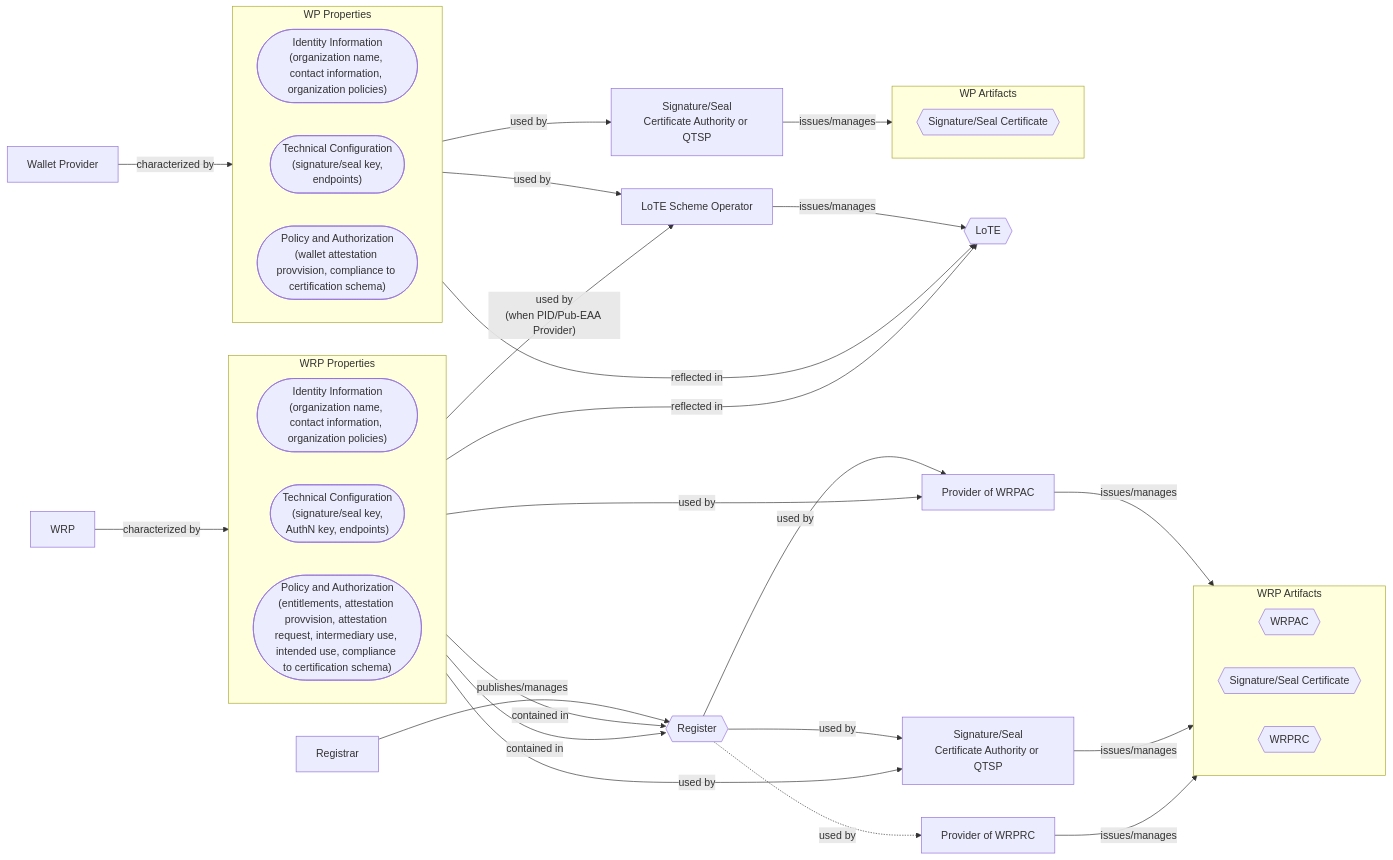
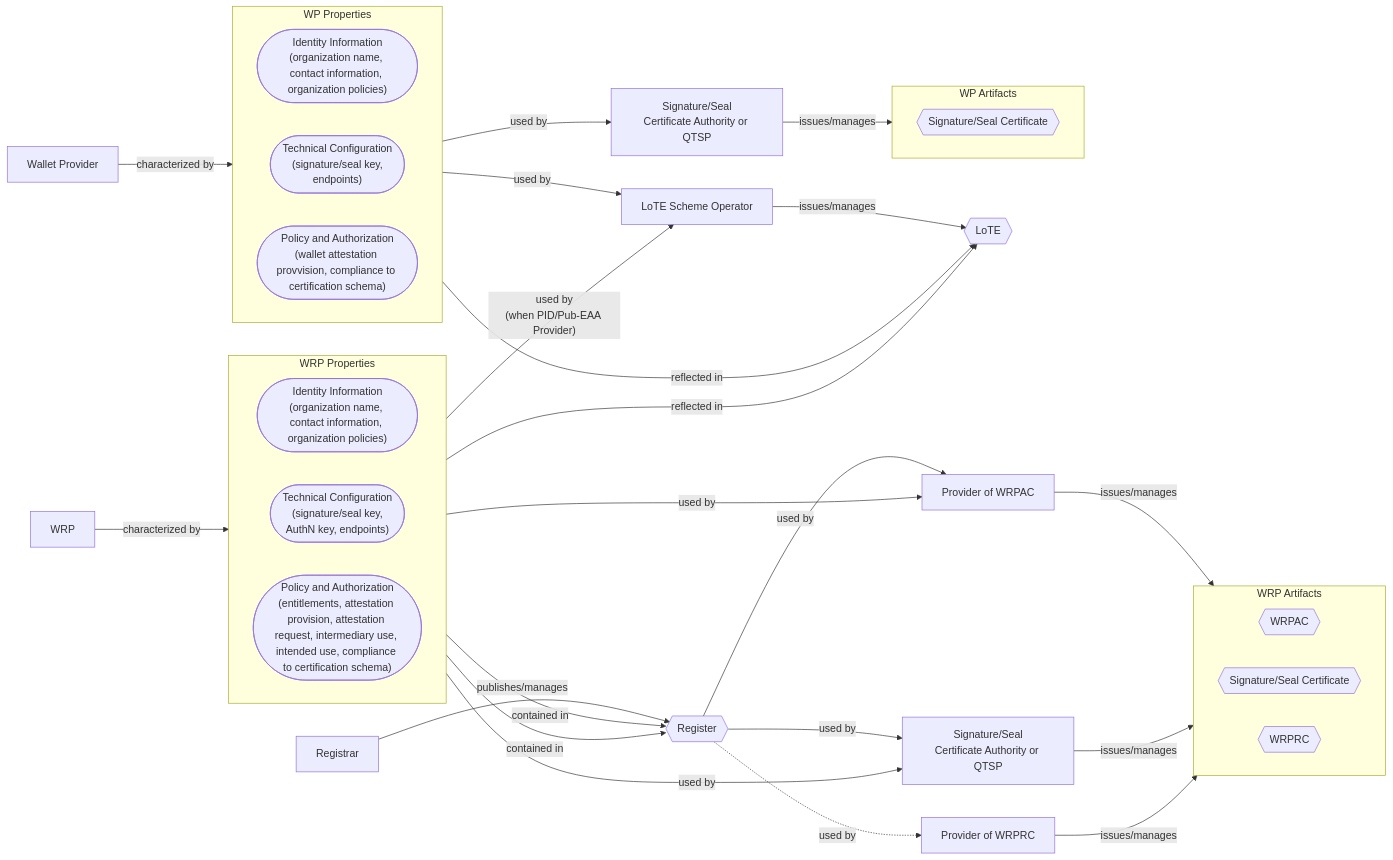
One commit to APTITUDE-Consortium/wp2-trust-specifications changed the second of 5 diagrams in docs/topics/trust-management-process.md. Above: the diagram before and after it, drawn with Mermaid. The commit also changed other lines of this file, not shown here.

````diff
--- a/docs/topics/trust-management-process.md
+++ b/docs/topics/trust-management-process.md
@@ -115,70 +128,70 @@
 ```mermaid
 flowchart LR
     wrp["WRP"]
 
     subgraph abst["WRP Properties"]
         direction LR
         id(["Identity Information<br>(organization name, contact information, organization policies)"])
         tech(["Technical Configuration<br>(signature/seal key,<br>AuthN key, endpoints)"])
-        authz(["Policy and Authorization<br>(entitlements, attestation provvision, attestation request, intermediary use, intended use, compliance to certification schema)"])
+        authz(["Policy and Authorization<br>(entitlements, attestation provision, attestation request, intermediary use, intended use, compliance to certification schema)"])
     end
 
     subgraph arti["WRP Artifacts"]
         direction LR
         ac{{"WRPAC"}}
         csig{{"Signature/Seal Certificate"}}
         rc{{"WRPRC"}}
     end
 
     tl{{"LoTE"}}
     reg{{"Register"}}
 
     ca["Signature/Seal<br>Certificate Authority or QTSP"]
     acca["Provider of WRPAC"]
     rcca["Provider of WRPRC"]
     ent_reg["Registrar"]
     tlp["LoTE Scheme Operator"]
 
     ent_reg --"publishes/manages"--> reg
     wrp --"characterized by"--> abst
 
     reg --"used by"--> acca
     tech --"used by"--> acca
     acca --"issues/manages"--> ac
 
     reg --"used by"--> ca
     tech --"used by"--> ca
     ca --"issues/manages"--> csig
 
     reg -."used by".-> rcca
     rcca --"issues/manages"--> rc
 
     id --"contained in"--> reg
     authz --"reflected in"--> tl
     authz --"contained in"--> reg
     abst --"used by<br>(when PID/Pub-EAA Provider)"--> tlp
     tlp --"issues/manages"--> tl
     
 
     wp["Wallet Provider"]
 
     subgraph abst_wp["WP Properties"]
         direction LR
         id_wp(["Identity Information<br>(organization name, contact information, organization policies)"])
         tech_wp(["Technical Configuration<br>(signature/seal key,<br>endpoints)"])
         authz_wp(["Policy and Authorization<br>(wallet attestation provvision, compliance to certification schema)"])
     end
 
     subgraph arti_wp["WP Artifacts"]
         direction LR
         csig_wp{{"Signature/Seal Certificate"}}
     end
     ca_wp["Signature/Seal<br>Certificate Authority or QTSP"]
 
     wp --"characterized by"--> abst_wp
     authz_wp --"reflected in"--> tl
     tech_wp --"used by"--> ca_wp
     ca_wp --"issues/manages"--> csig_wp
 
     abst_wp --"used by"--> tlp
 ```
````
